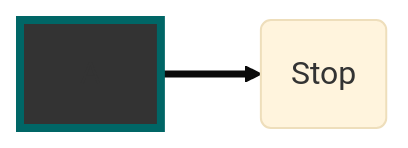
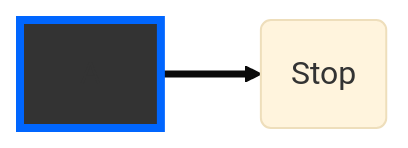
One commit to PanGalacticTech/ISOpower changed the third of 3 diagrams in Documentation/diagram_with_mermaid.md. Above: the diagram before and after it, drawn with Mermaid (base theme).

````diff
--- a/Documentation/diagram_with_mermaid.md
+++ b/Documentation/diagram_with_mermaid.md
@@ -46,8 +46,8 @@
 ```mermaid
 graph LR
 %% This is a comment 
 A:::darkBlue ==>B(Stop);
 
-classDef darkBlue fill:#333,stroke:#066,stroke-width:4px;
+classDef darkBlue fill:#333,stroke:#06f,stroke-width:4px;
 %%class nodeId1, nodeId2 darkBlue;
 ```
````
